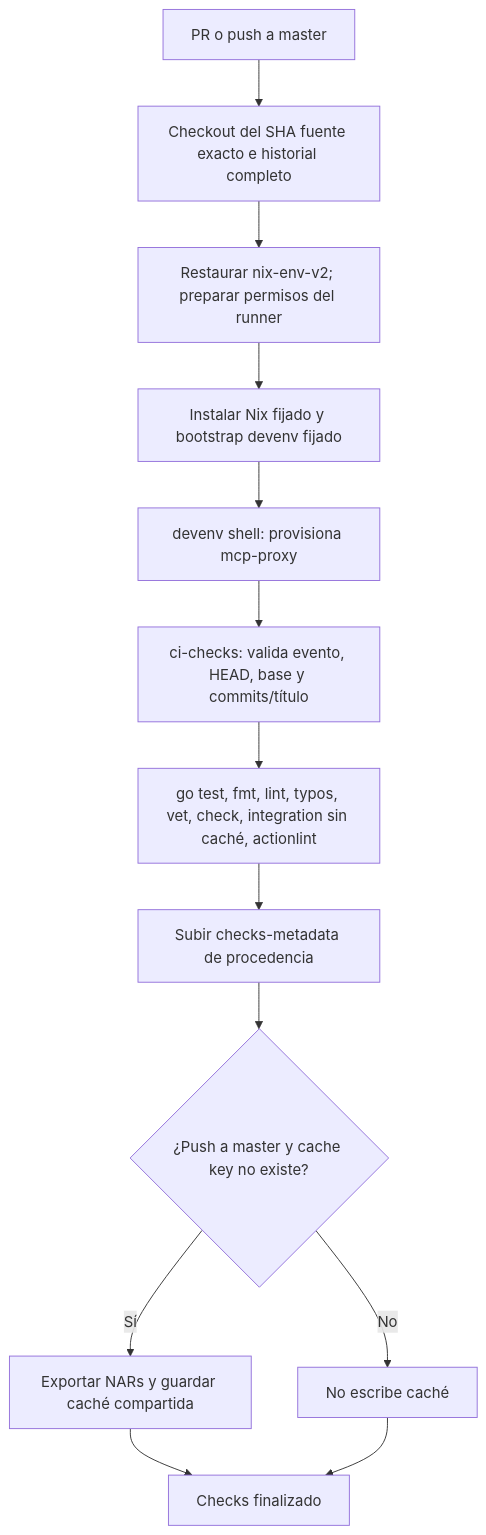
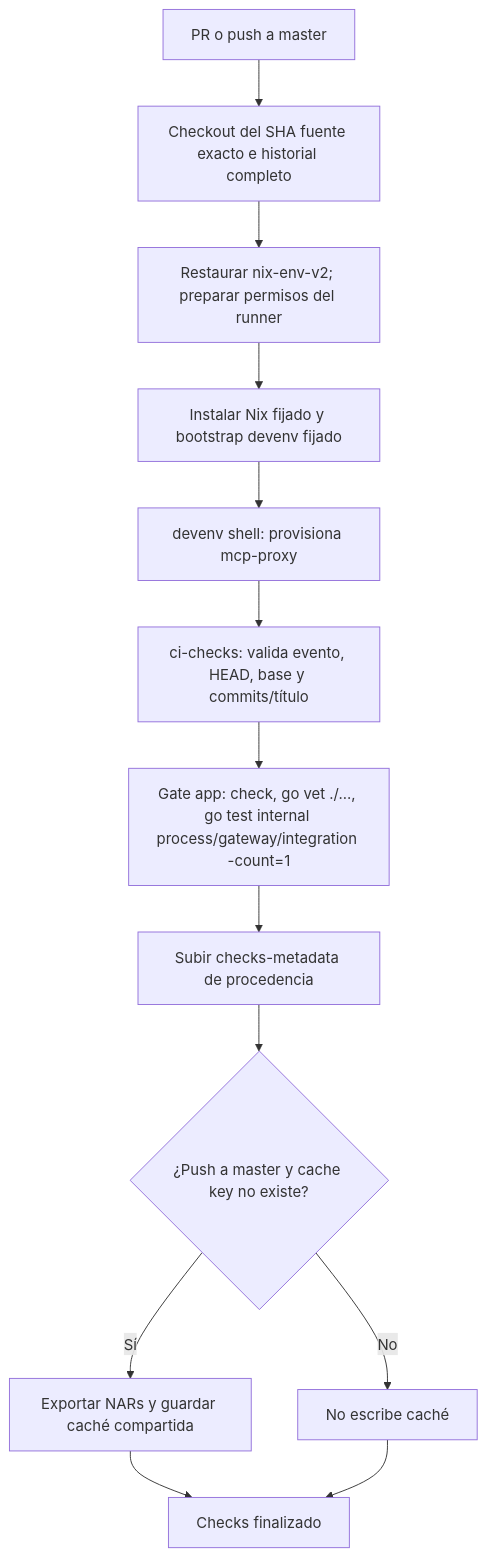
One commit to atlasfoo/mcp-relayd changed the second of 5 diagrams in docs/actions-flow.md. Above: the diagram before and after it, drawn with Mermaid. The commit also changed other lines of this file and 24 other files, not shown here.

````diff
--- a/docs/actions-flow.md
+++ b/docs/actions-flow.md
@@ -40,15 +48,15 @@
 ```mermaid
 flowchart TD
     C0[PR o push a master] --> C1[Checkout del SHA fuente exacto e historial completo]
     C1 --> C2[Restaurar nix-env-v2; preparar permisos del runner]
     C2 --> C3[Instalar Nix fijado y bootstrap devenv fijado]
     C3 --> C4[devenv shell: provisiona mcp-proxy]
     C4 --> C5[ci-checks: valida evento, HEAD, base y commits/título]
-    C5 --> C6[go test, fmt, lint, typos, vet, check, integration sin caché, actionlint]
+    C5 --> C6[Gate app: check, go vet ./..., go test internal process/gateway/integration -count=1]
     C6 --> C7[Subir checks-metadata de procedencia]
     C7 --> C8{¿Push a master y cache key no existe?}
     C8 -->|Sí| C9[Exportar NARs y guardar caché compartida]
     C8 -->|No| C10[No escribe caché]
     C9 --> C11[Checks finalizado]
     C10 --> C11
 ```
````
